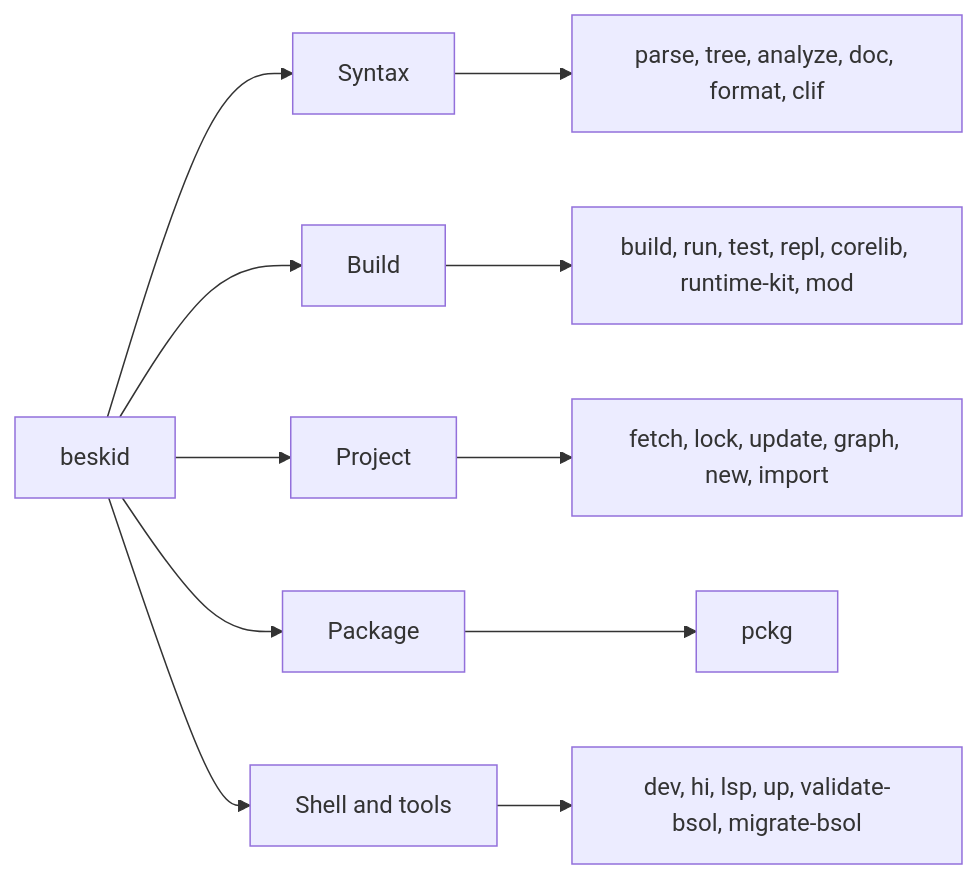
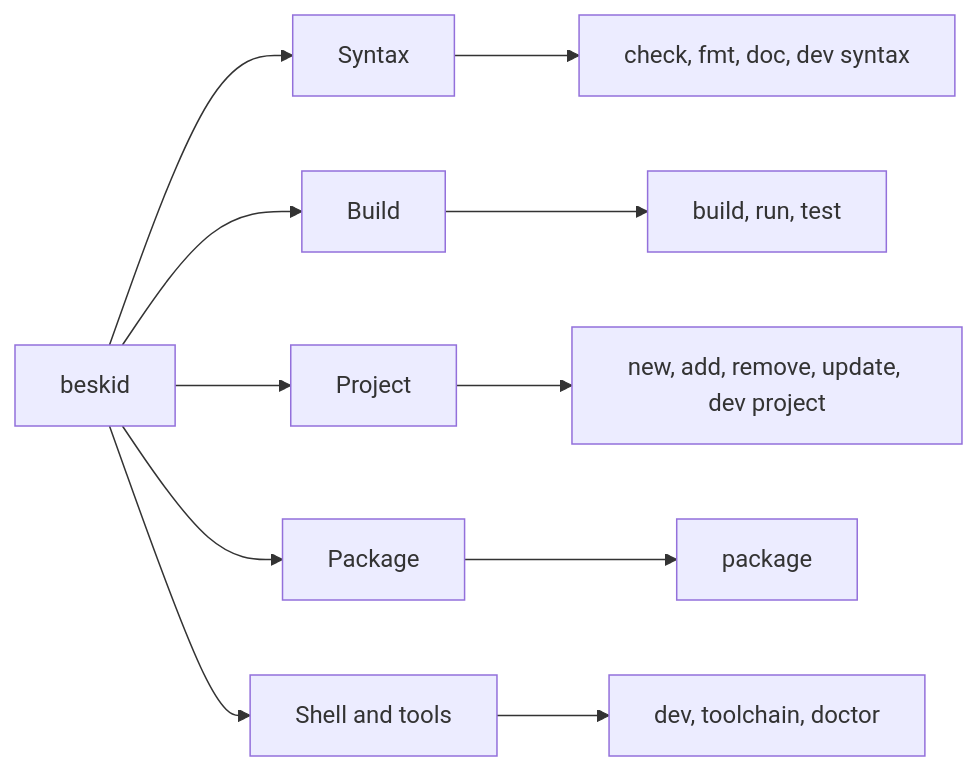
Before and after one commit to Cyber-Nomad-Collective/beskid: the diagram in site/website/src/content/docs/docs/tooling/index.md, drawn with Mermaid. The commit also changed other lines of this file and 176 other files, not shown here.

````diff
--- a/site/website/src/content/docs/docs/tooling/index.md
+++ b/site/website/src/content/docs/docs/tooling/index.md
@@ -43,15 +44,15 @@
 ```mermaid
 flowchart LR
   accTitle: CLI taxonomy
   accDescr: The Beskid CLI groups commands by domain. Syntax, build, project, package, and shell command groups each hold the commands for that task.
   root[beskid] --> S[Syntax]
   root --> B[Build]
   root --> P[Project]
   root --> K[Package]
   root --> H[Shell and tools]
-  S --> S1["parse, tree, analyze, doc, format, clif"]
-  B --> B1["build, run, test, repl, corelib, runtime-kit, mod"]
-  P --> P1["fetch, lock, update, graph, new, import"]
-  K --> K1["pckg"]
-  H --> H1["dev, hi, lsp, up, validate-bsol, migrate-bsol"]
+  S --> S1["check, fmt, doc, dev syntax"]
+  B --> B1["build, run, test"]
+  P --> P1["new, add, remove, update, dev project"]
+  K --> K1["package"]
+  H --> H1["dev, toolchain, doctor"]
 ```
````
